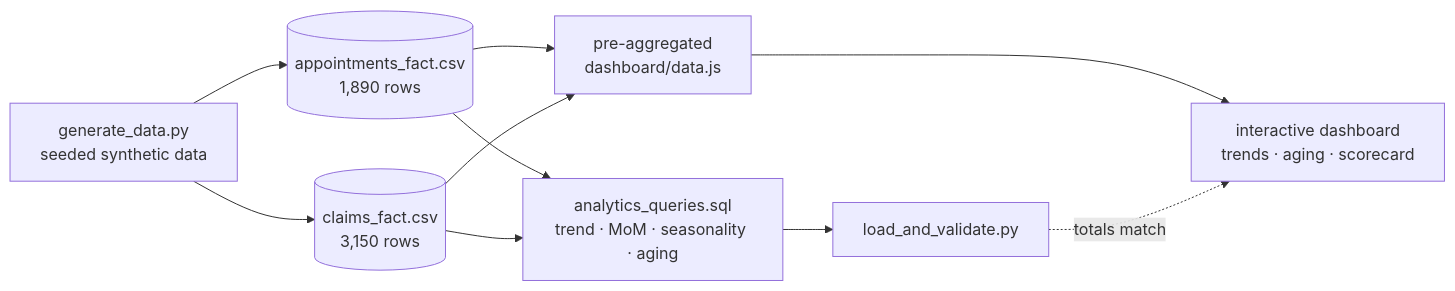
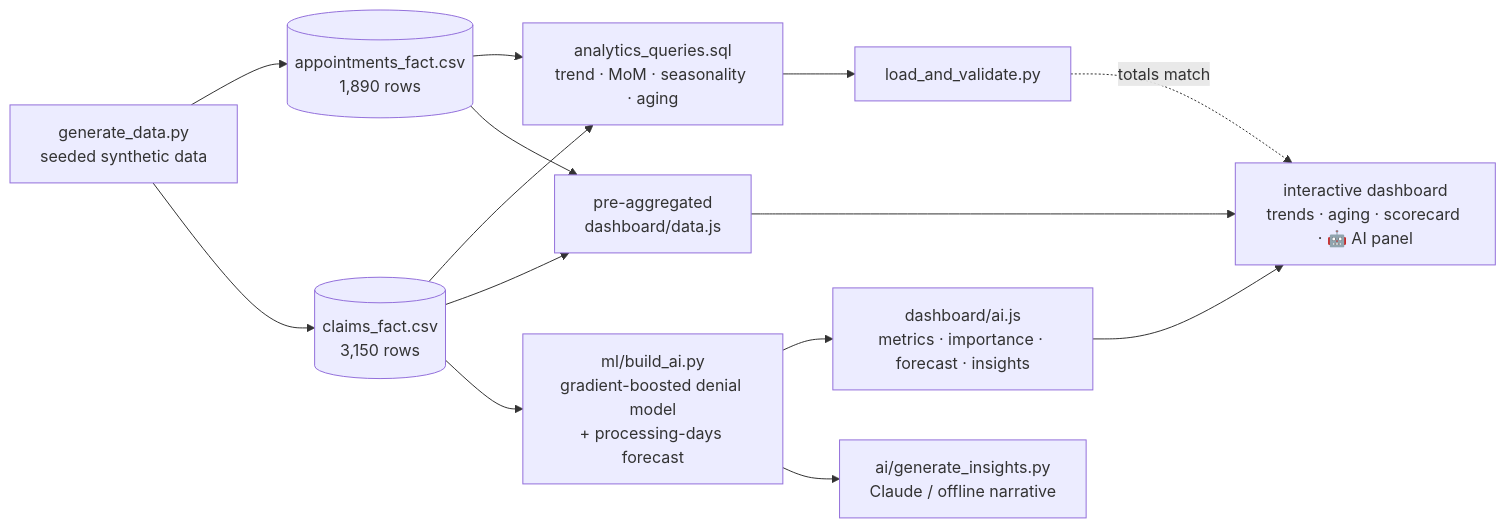
The diagram in README.md (mohidev-tech/claims-appointment-trend-analysis), drawn with Mermaid before and after one commit. The commit also changed other lines of this file and 14 other files, not shown here.

Commit message:
Add AI layer: Claim-denial model (AUC 0.76) + processing-days forecast + AI insights (+ optional Claude narrative)

````diff
--- a/README.md
+++ b/README.md
@@ -35,12 +59,16 @@
 ```mermaid
 flowchart LR
     G["generate_data.py<br/>seeded synthetic data"] --> AP[("appointments_fact.csv<br/>1,890 rows")]
     G --> CL[("claims_fact.csv<br/>3,150 rows")]
     AP --> SQL["analytics_queries.sql<br/>trend · MoM · seasonality · aging"]
     CL --> SQL
     AP --> AGG["pre-aggregated<br/>dashboard/data.js"]
     CL --> AGG
-    AGG --> D["interactive dashboard<br/>trends · aging · scorecard"]
+    AGG --> D["interactive dashboard<br/>trends · aging · scorecard · 🤖 AI panel"]
+    CL --> ML["ml/build_ai.py<br/>gradient-boosted denial model<br/>+ processing-days forecast"]
+    ML --> AIJS["dashboard/ai.js<br/>metrics · importance · forecast · insights"]
+    ML --> NAR["ai/generate_insights.py<br/>Claude / offline narrative"]
+    AIJS --> D
     SQL --> V["load_and_validate.py"]
     V -. "totals match" .-> D
 ```
````
